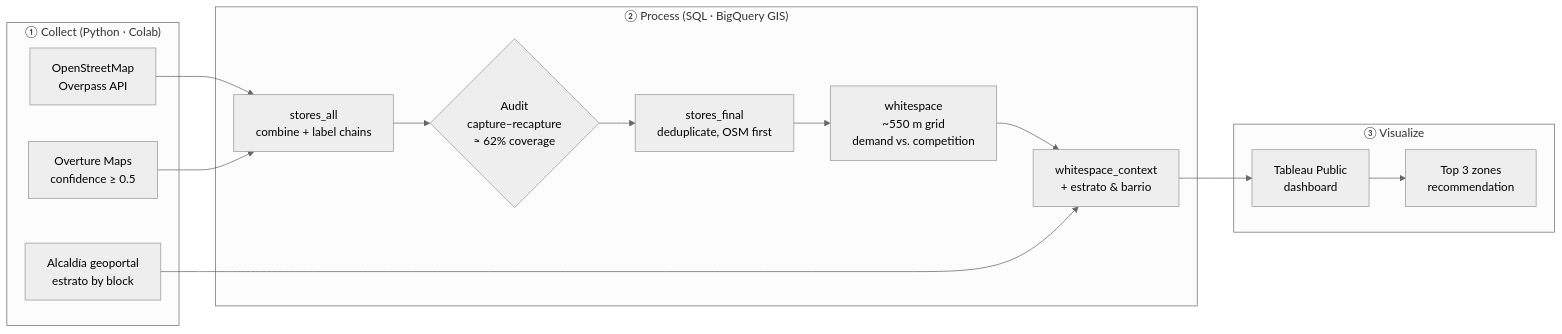
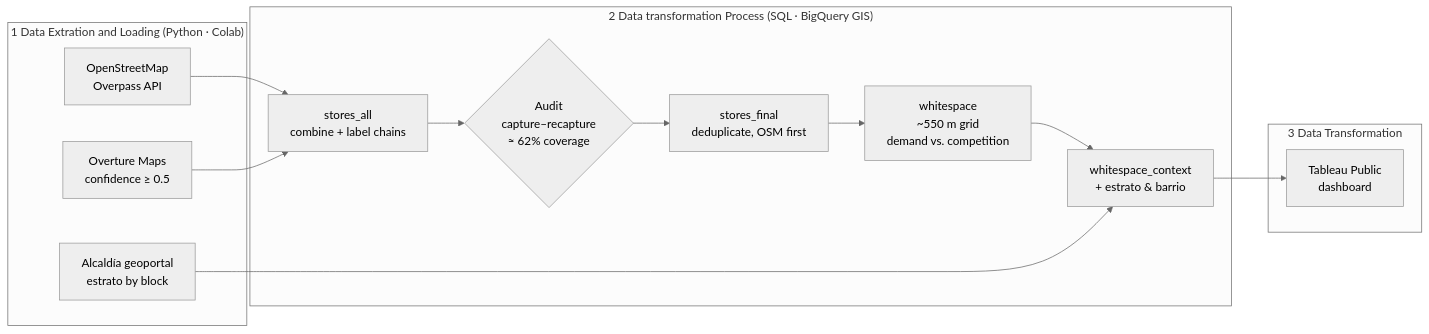
Before and after one commit to cesararraut/Barranquilla-Discount-Grocery-Analysis: the diagram in README.md, drawn with Mermaid (neutral theme). The commit also changed other lines of this file, not shown here.

````diff
--- a/README.md
+++ b/README.md
@@ -14,27 +60,26 @@
 ```mermaid
 flowchart LR
-    subgraph S["① Collect (Python · Colab)"]
+    subgraph S["1 Data Extration and Loading (Python · Colab)"]
         A["OpenStreetMap<br/>Overpass API"]
         B["Overture Maps<br/>confidence ≥ 0.5"]
         C["Alcaldía geoportal<br/>estrato by block"]
     end
 
-    subgraph Q["② Process (SQL · BigQuery GIS)"]
+    subgraph Q["2 Data transformation Process (SQL · BigQuery GIS)"]
         D["stores_all<br/>combine + label chains"]
         E{"Audit<br/>capture–recapture<br/>≈ 62% coverage"}
         F["stores_final<br/>deduplicate, OSM first"]
         G["whitespace<br/>~550 m grid<br/>demand vs. competition"]
         H["whitespace_context<br/>+ estrato & barrio"]
     end
 
-    subgraph V["③ Visualize"]
+    subgraph V["3 Data Transformation"]
         I["Tableau Public<br/>dashboard"]
-        J["Top 3 zones<br/>recommendation"]
     end
 
     A --> D
     B --> D
     D --> E --> F --> G --> H
     C --> H
-    H --> I --> J
+    H --> I 
 ```
````
